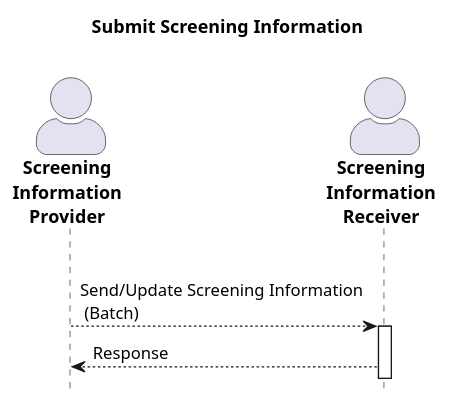
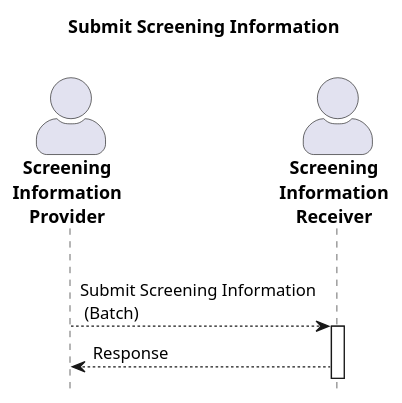
The diagram in input/images-source/send-update-screening-information.plantuml (hl7-be/public-health), drawn with PlantUML before and after one commit. The commit also changed 2 other files, not shown here.

```diff
--- a/input/images-source/send-update-screening-information.plantuml
+++ b/input/images-source/send-update-screening-information.plantuml
@@ -1,18 +1,18 @@
 @startuml
 title Submit Screening Information\n
 skinparam actorStyle awesome
 
 hide footbox
 
 '!include ./style.iuml
 
 actor "**Screening**\n**Information**\n**Provider**" as SIP
 actor "**Screening**\n**Information**\n**Receiver**" as SIR
 
 |||
-SIP --> SIR : Send/Update Screening Information\n (Batch)
+SIP --> SIR : Submit Screening Information\n (Batch)
 activate SIR
 SIR --> SIP: Response 
 
 
 @enduml
```
